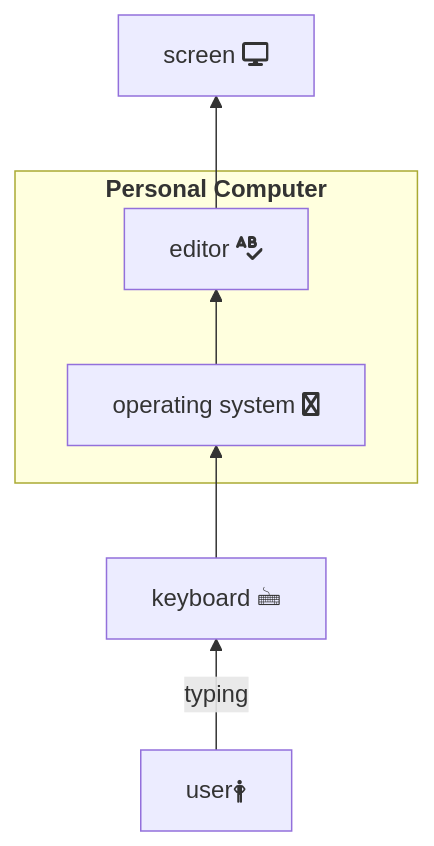
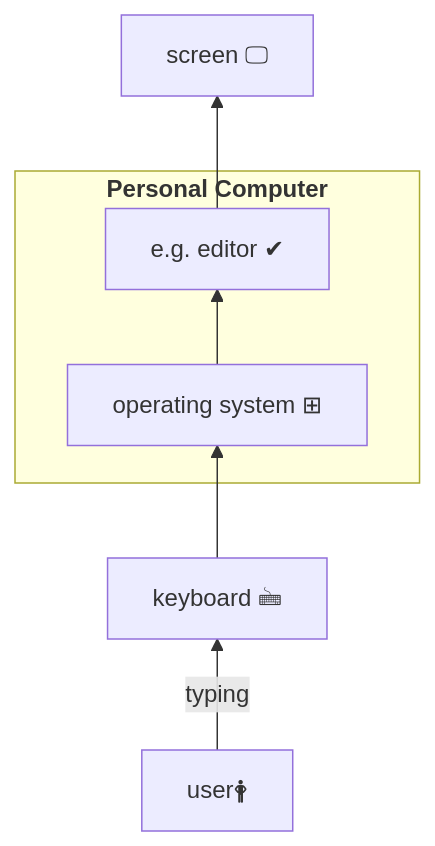
Before and after one commit to mslonik/mslonik: the second of 4 diagrams in BlockDiagrams_AHK.md, drawn with Mermaid. The commit also changed other lines of this file, not shown here.

````diff
--- a/BlockDiagrams_AHK.md
+++ b/BlockDiagrams_AHK.md
@@ -71,18 +71,18 @@
 ```mermaid
 %% default / old approach
 flowchart BT
 	user["user🛉"]
 	keyboard["`keyboard 🖮`"]
-	screen[screen fa:fa-display]
-	OperatingSystem[operating system fa:fa-windows]
-	editor[editor fa:fa-spell-check]
+	screen["screen 🖵"] 
+	OperatingSystem["operating system ⊞"]
+	editor[e.g. editor ✔]
 
     user	-->	 |typing| keyboard
 
     subgraph "`**Personal Computer**`"
 	    OperatingSystem		--> 	editor
     end
 
     keyboard			--> 	OperatingSystem
     editor	--> screen
 ```
````
